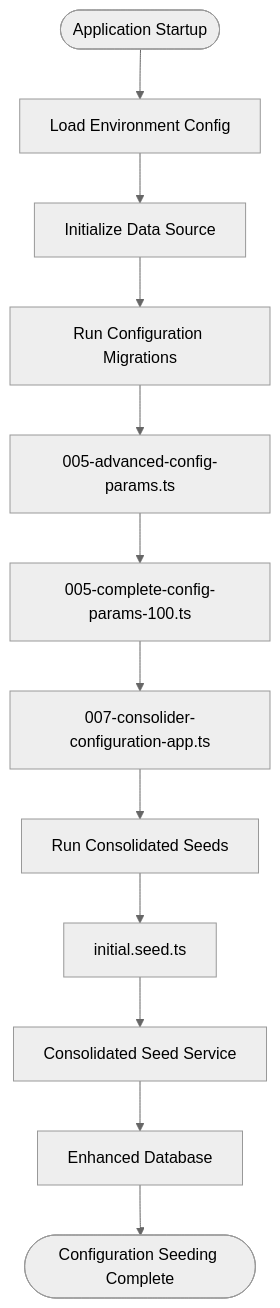
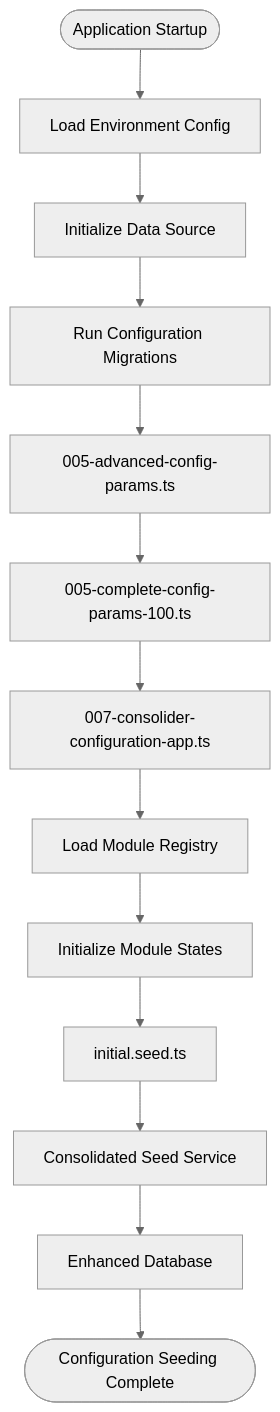
Before and after one commit to franckylab/eLISAschool: the eighth of 11 diagrams in .qoder/repowiki/en/content/Modules & Features/Administrative Modules/Institutional Configuration.md, drawn with Mermaid (neutral theme). The commit also changed other lines of this file and 236 other files, not shown here.

````diff
--- a/.qoder/repowiki/en/content/Modules & Features/Administrative Modules/Institutional Configuration.md
+++ b/.qoder/repowiki/en/content/Modules & Features/Administrative Modules/Institutional Configuration.md
@@ -355,14 +457,15 @@
 ```mermaid
 flowchart TD
 Start(["Application Startup"]) --> LoadEnv["Load Environment Config"]
 LoadEnv --> InitDS["Initialize Data Source"]
 InitDS --> RunMigrations["Run Configuration Migrations"]
 RunMigrations --> Mig1["005-advanced-config-params.ts"]
 Mig1 --> Mig2["005-complete-config-params-100.ts"]
 Mig2 --> Mig3["007-consolider-configuration-app.ts"]
-Mig3 --> RunSeeds["Run Consolidated Seeds"]
-RunSeeds --> SeedFile["initial.seed.ts"]
+Mig3 --> LoadRegistry["Load Module Registry"]
+LoadRegistry --> InitModules["Initialize Module States"]
+InitModules --> SeedFile["initial.seed.ts"]
 SeedFile --> SeedSvc["Consolidated Seed Service"]
 SeedSvc --> DB["Enhanced Database"]
 DB --> Complete(["Configuration Seeding Complete"])
 ```
````
